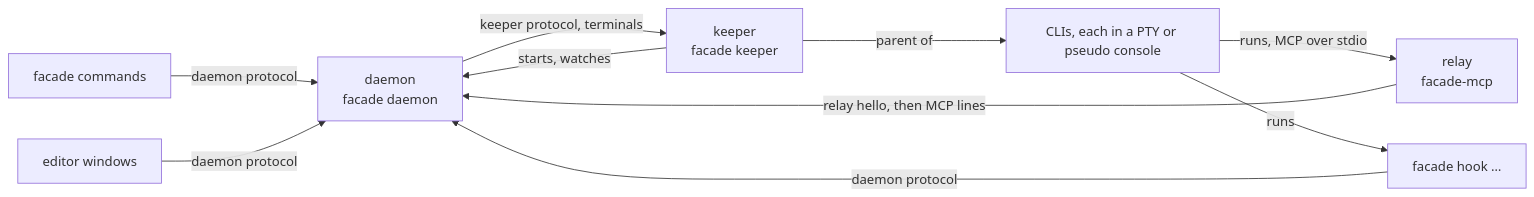
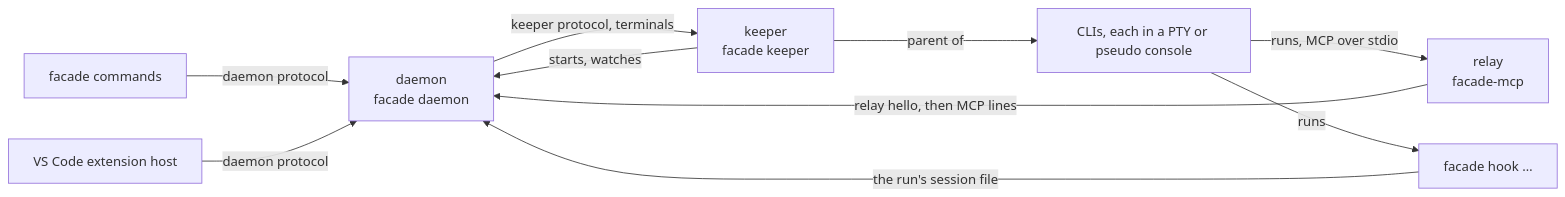
The diagram in docs/core/ARCHITECTURE.md (y5ez3g/facadecode), drawn with Mermaid before and after one commit. The commit also changed other lines of this file and 2 other files, not shown here.

````diff
--- a/docs/core/ARCHITECTURE.md
+++ b/docs/core/ARCHITECTURE.md
@@ -9,12 +9,12 @@
 ```mermaid
 flowchart LR
     P["facade commands"] -->|daemon protocol| D["daemon<br/>facade daemon"]
-    E["editor windows"] -->|daemon protocol| D
+    E["VS Code extension host"] -->|daemon protocol| D
     K["keeper<br/>facade keeper"] -->|starts, watches| D
     D -->|keeper protocol, terminals| K
     K -->|parent of| C["CLIs, each in a PTY or pseudo console"]
     C -->|runs, MCP over stdio| R["relay<br/>facade-mcp"]
     R -->|relay hello, then MCP lines| D
     C -->|runs| H["facade hook …"]
-    H -->|daemon protocol| D
+    H -->|the run's session file| D
 ```
````
